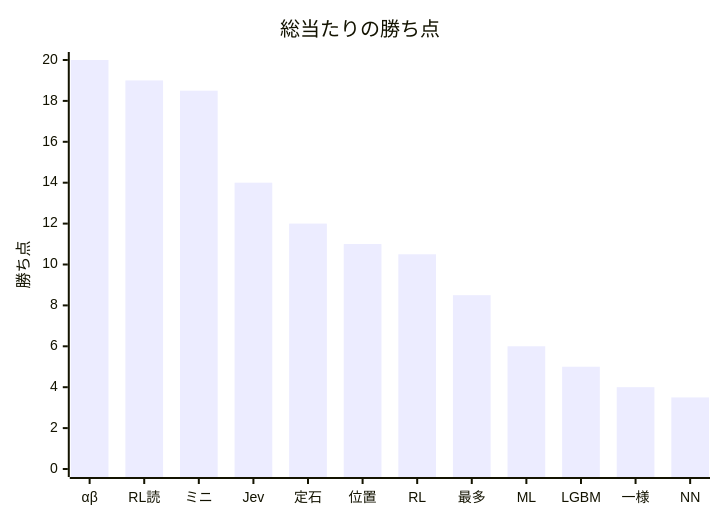
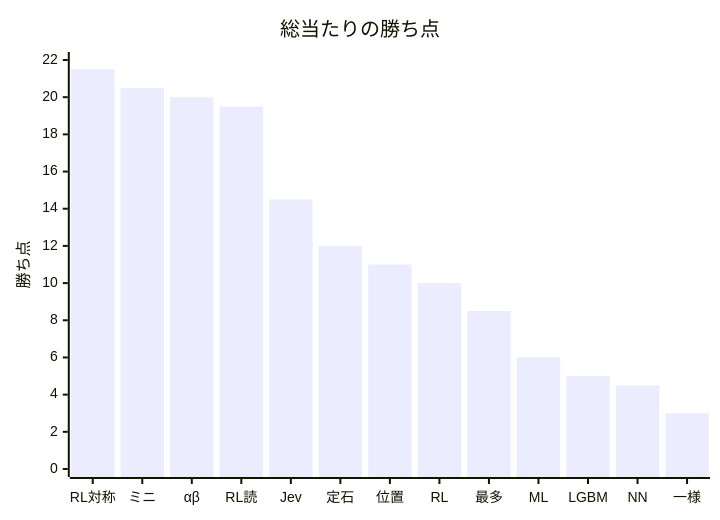
Before and after one commit to gnkm/reversi-ai: the diagram in docs/benchmarks/round-robin.md, drawn with Mermaid. The commit also changed other lines of this file and 3 other files, not shown here.

````diff
--- a/docs/benchmarks/round-robin.md
+++ b/docs/benchmarks/round-robin.md
@@ -36,7 +39,7 @@
 ```mermaid
 xychart-beta
     title "総当たりの勝ち点"
-    x-axis ["αβ", "RL読", "ミニ", "Jev", "定石", "位置", "RL", "最多", "ML", "LGBM", "一様", "NN"]
-    y-axis "勝ち点" 0 --> 20
-    bar [20, 19, 18.5, 14, 12, 11, 10.5, 8.5, 6, 5, 4, 3.5]
+    x-axis ["RL対称", "ミニ", "αβ", "RL読", "Jev", "定石", "位置", "RL", "最多", "ML", "LGBM", "NN", "一様"]
+    y-axis "勝ち点" 0 --> 22
+    bar [21.5, 20.5, 20, 19.5, 14.5, 12, 11, 10, 8.5, 6, 5, 4.5, 3]
 ```
````
